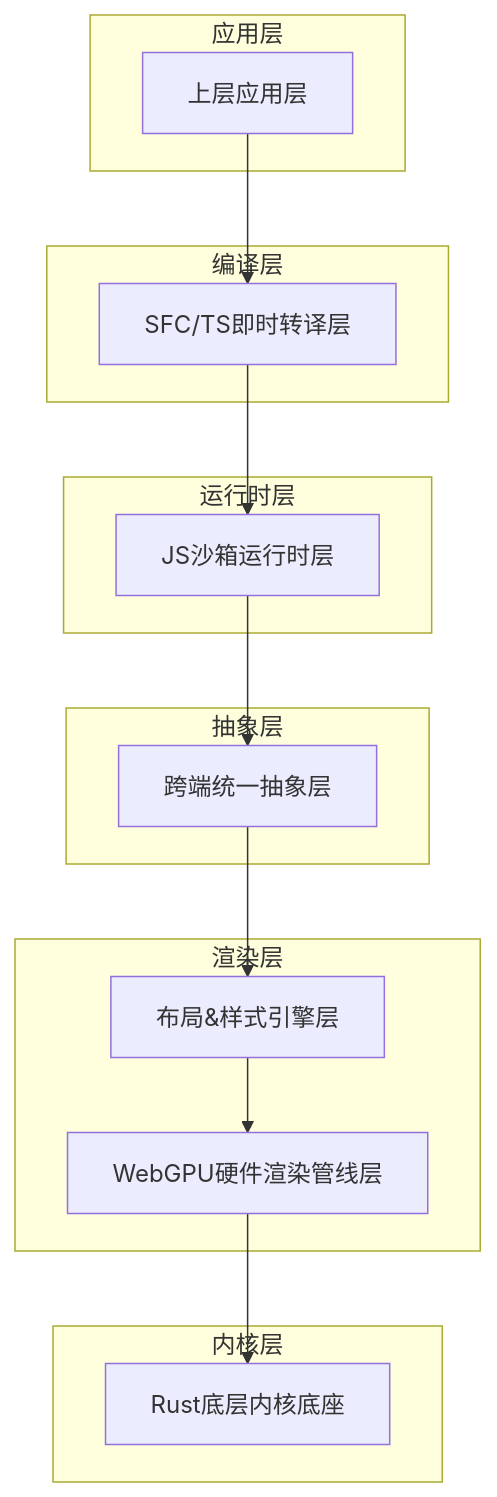
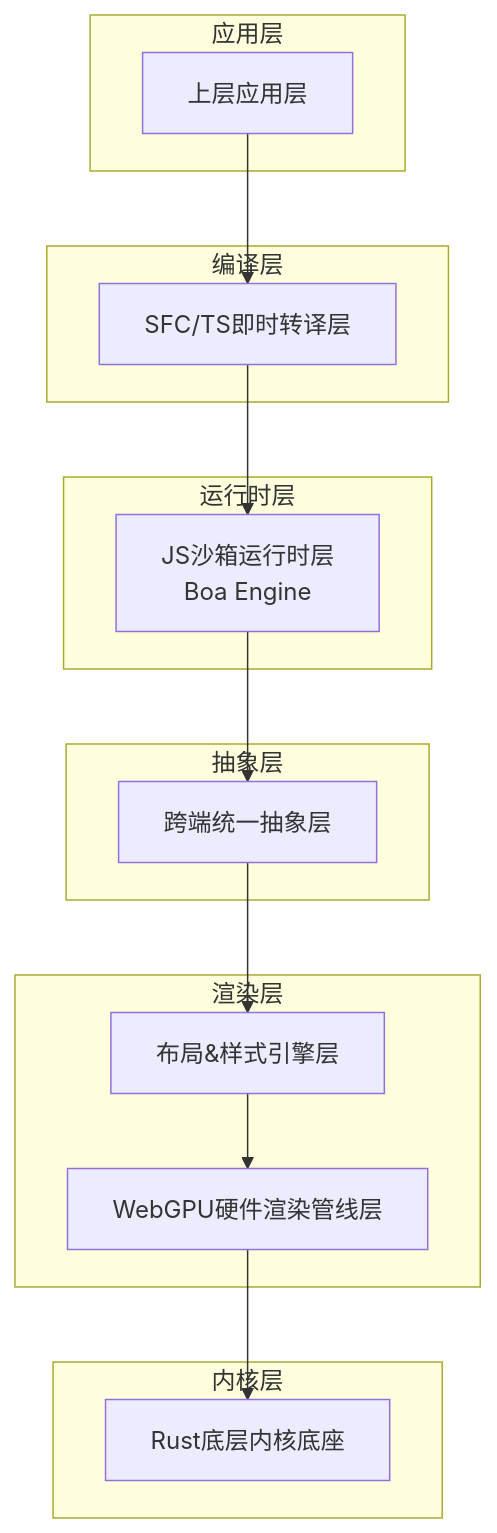
The first of 15 diagrams in .qoder/repowiki/zh/content/核心功能特性/完整Vue生态兼容.md (itszzl-sudo/iris), drawn with Mermaid before and after one commit. The commit also changed other lines of this file and 7 other files, not shown here.

````diff
--- a/.qoder/repowiki/zh/content/核心功能特性/完整Vue生态兼容.md
+++ b/.qoder/repowiki/zh/content/核心功能特性/完整Vue生态兼容.md
@@ -43,28 +60,28 @@
 ```mermaid
 graph TB
 subgraph "应用层"
 App[上层应用层]
 end
 subgraph "编译层"
 SFC[SFC/TS即时转译层]
 end
 subgraph "运行时层"
-JS[JS沙箱运行时层]
+JS[JS沙箱运行时层<br/>Boa Engine]
 end
 subgraph "抽象层"
 UA[跨端统一抽象层]
 end
 subgraph "渲染层"
 Layout[布局&样式引擎层]
 GPU[WebGPU硬件渲染管线层]
 end
 subgraph "内核层"
 Kernel[Rust底层内核底座]
 end
 App --> SFC
 SFC --> JS
 JS --> UA
 UA --> Layout
 Layout --> GPU
 GPU --> Kernel
 ```
````
